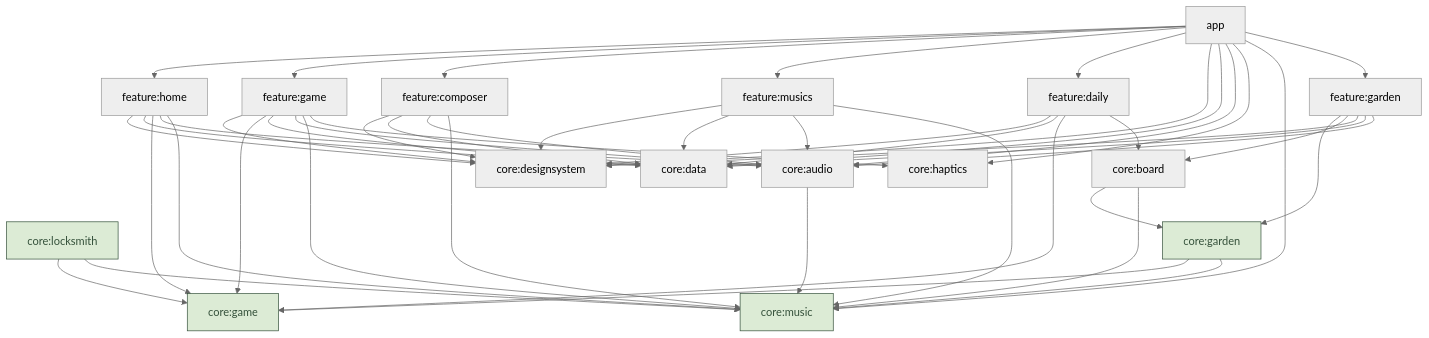
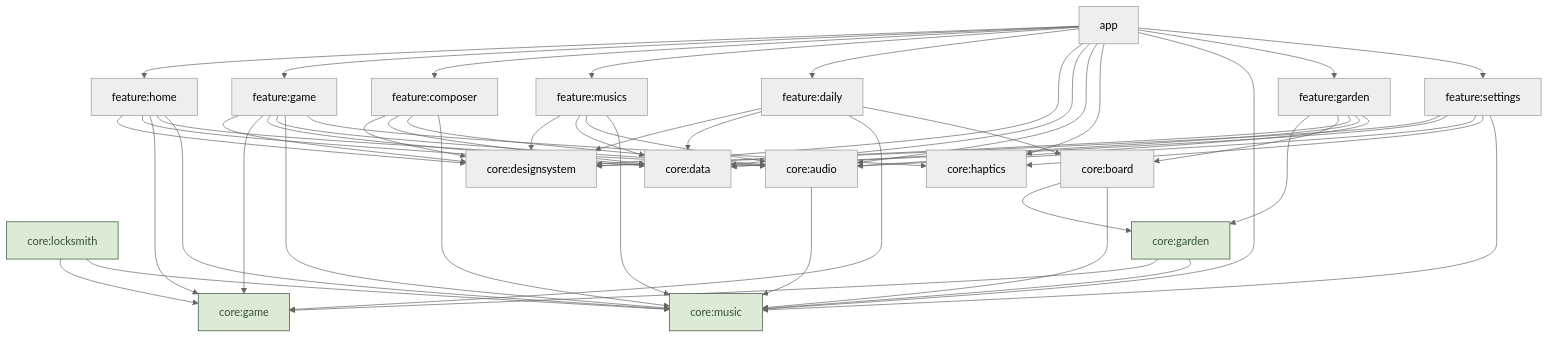
Before and after one commit to magori/blox: the first of 2 diagrams in docs/architecture.md, drawn with Mermaid (neutral theme). The commit also changed other lines of this file and 7 other files, not shown here.

````diff
--- a/docs/architecture.md
+++ b/docs/architecture.md
@@ -11,61 +11,68 @@
 ```mermaid
 graph TD
     app --> featureHome[feature:home]
     app --> featureGame[feature:game]
     app --> featureComposer[feature:composer]
     app --> featureMusics[feature:musics]
     app --> featureDaily[feature:daily]
     app --> designsystem[core:designsystem]
     app --> data[core:data]
     app --> audio[core:audio]
     app --> haptics[core:haptics]
     app --> music
 
     featureHome --> designsystem
     featureHome --> data
     featureHome --> game
     featureHome --> audio
     featureHome --> music
 
     featureGame --> designsystem
     featureGame --> game[core:game]
     featureGame --> data
     featureGame --> audio
     featureGame --> music
     featureGame --> haptics
 
     featureComposer --> designsystem
     featureComposer --> data
     featureComposer --> audio
     featureComposer --> music
 
     featureMusics --> designsystem
     featureMusics --> data
     featureMusics --> audio
     featureMusics --> music
 
     featureDaily --> designsystem
     featureDaily --> data
     featureDaily --> game
     featureDaily --> board[core:board]
 
     audio --> music[core:music]
 
     locksmith[core:locksmith] --> game
     locksmith --> music
 
     garden[core:garden] --> game
     garden --> music
 
     app --> featureGarden[feature:garden]
     featureGarden --> garden
     featureGarden --> board
     featureGarden --> designsystem
     featureGarden --> data
     featureGarden --> audio
     board --> garden
     board --> music
 
+    app --> featureSettings[feature:settings]
+    featureSettings --> designsystem
+    featureSettings --> data
+    featureSettings --> audio
+    featureSettings --> haptics
+    featureSettings --> music
+
     classDef pure fill:#dcebd5,stroke:#34503a,color:#34503a
     class game,music,locksmith,garden pure
 ```
````
